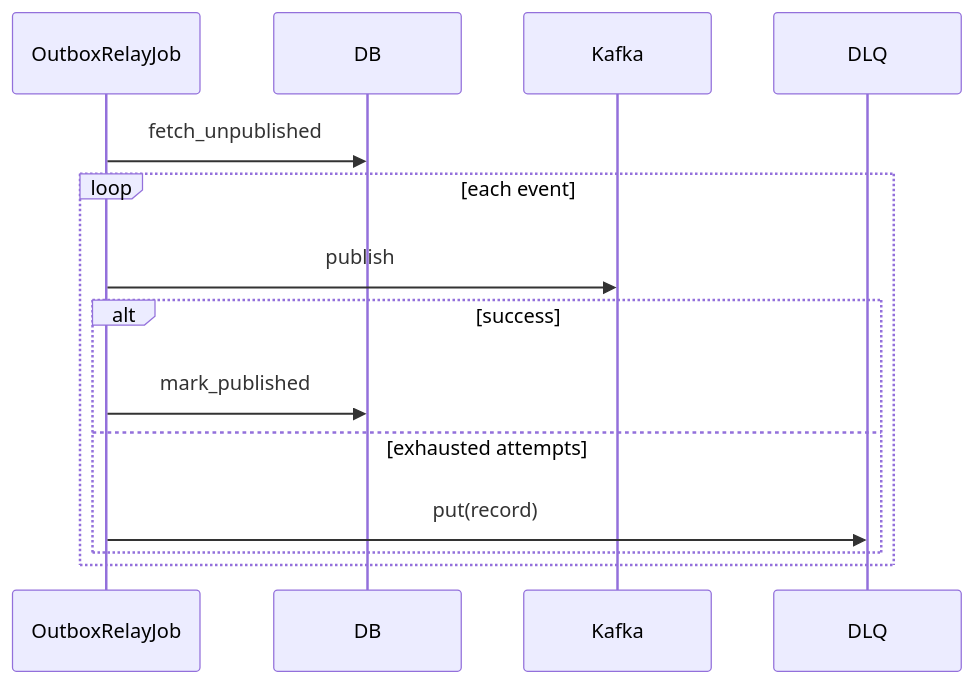
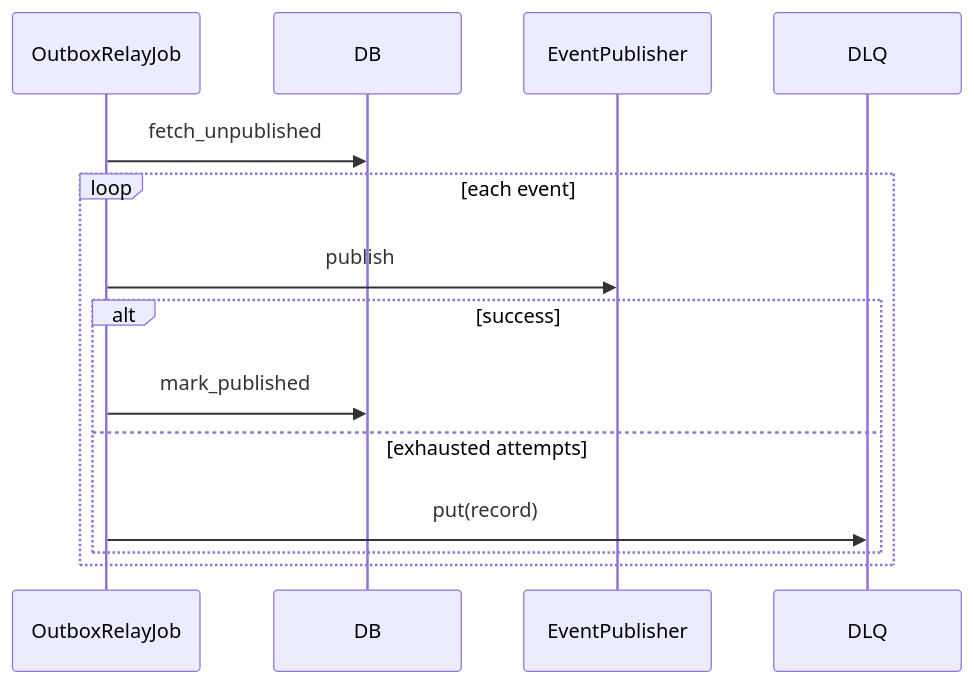
One commit to RachelsRepository/ai-integration-gateway changed the third of 3 diagrams in docs/sequence-diagrams.md. Above: the diagram before and after it, drawn with Mermaid. The commit also changed 12 other files, not shown here.

First line of the commit message:
fix: invoke Import Linter via official lint-imports CLI in architecture tests

````diff
--- a/docs/sequence-diagrams.md
+++ b/docs/sequence-diagrams.md
@@ -58,17 +58,17 @@
 ```mermaid
 sequenceDiagram
     participant Worker as OutboxRelayJob
     participant DB
-    participant Kafka
+    participant Bus as EventPublisher
     participant DLQ
 
     Worker->>DB: fetch_unpublished
     loop each event
-        Worker->>Kafka: publish
+        Worker->>Bus: publish
         alt success
             Worker->>DB: mark_published
         else exhausted attempts
             Worker->>DLQ: put(record)
         end
     end
 ```
````
